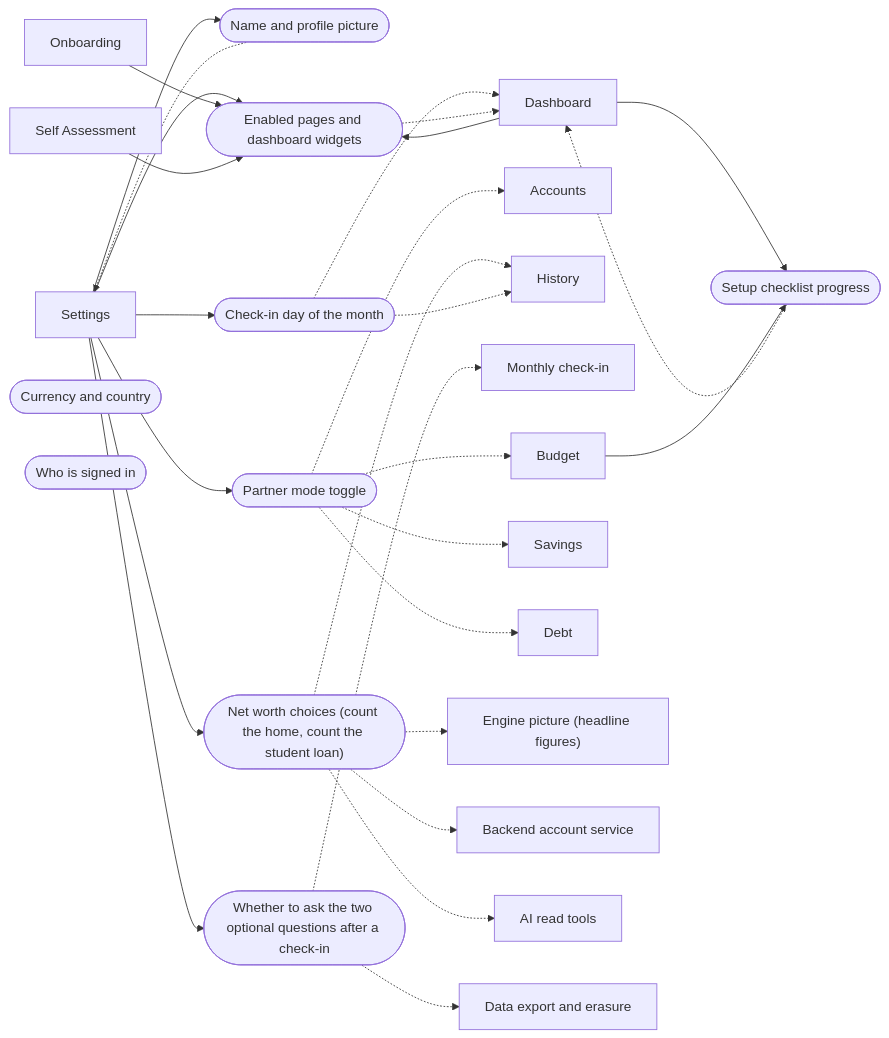
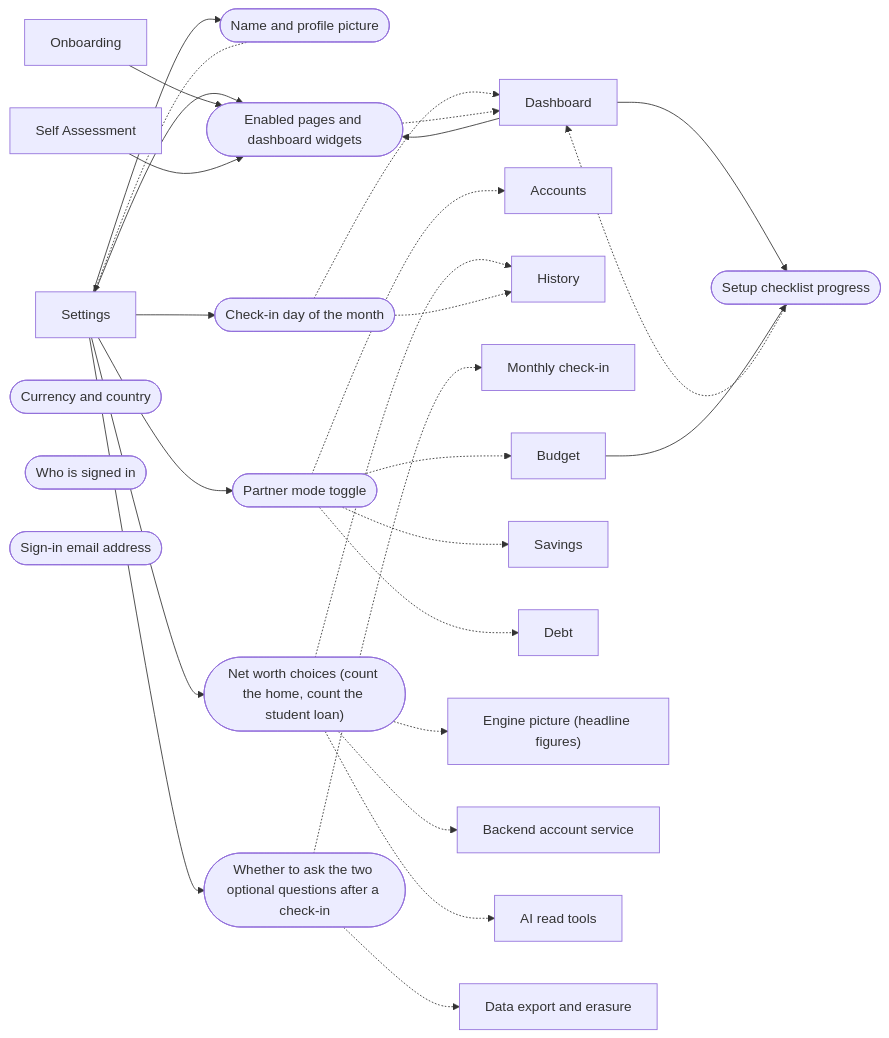
Before and after one commit to mgallagher56/flump: the fourth of 8 diagrams in docs/system/generated/connections.md, drawn with Mermaid. The commit also changed 3 other files, not shown here.

Commit message:
docs(system): value map entry for the sign-in email read from WorkOS

````diff
--- a/docs/system/generated/connections.md
+++ b/docs/system/generated/connections.md
@@ -409,52 +409,53 @@
 ```mermaid
 flowchart LR
   s_onboarding["Onboarding"]
   s_dashboard["Dashboard"]
   s_accounts["Accounts"]
   s_history["History"]
   s_check_in["Monthly check-in"]
   s_budget["Budget"]
   s_savings["Savings"]
   s_debt["Debt"]
   s_self_assessment["Self Assessment"]
   s_settings["Settings"]
   s_picture["Engine picture (headline figures)"]
   s_account_service["Backend account service"]
   s_mcp_read["AI read tools"]
   s_export["Data export and erasure"]
   f_name_and_avatar(["Name and profile picture"])
   s_settings --> f_name_and_avatar
   f_name_and_avatar -.-> s_settings
   f_partner_mode(["Partner mode toggle"])
   s_settings --> f_partner_mode
   f_partner_mode -.-> s_accounts
   f_partner_mode -.-> s_debt
   f_partner_mode -.-> s_savings
   f_partner_mode -.-> s_budget
   f_net_worth_choices(["Net worth choices (count the home, count the student loan)"])
   s_settings --> f_net_worth_choices
   f_net_worth_choices -.-> s_picture
   f_net_worth_choices -.-> s_history
   f_net_worth_choices -.-> s_account_service
   f_net_worth_choices -.-> s_mcp_read
   f_wellbeing_questions_switch(["Whether to ask the two optional questions after a check-in"])
   s_settings --> f_wellbeing_questions_switch
   f_wellbeing_questions_switch -.-> s_check_in
   f_wellbeing_questions_switch -.-> s_export
   f_check_in_day(["Check-in day of the month"])
   s_settings --> f_check_in_day
   f_check_in_day -.-> s_dashboard
   f_check_in_day -.-> s_history
   f_enabled_pages_and_widgets(["Enabled pages and dashboard widgets"])
   s_settings --> f_enabled_pages_and_widgets
   s_onboarding --> f_enabled_pages_and_widgets
   s_self_assessment --> f_enabled_pages_and_widgets
   s_dashboard --> f_enabled_pages_and_widgets
   f_enabled_pages_and_widgets -.-> s_dashboard
   f_setup_checklist(["Setup checklist progress"])
   s_dashboard --> f_setup_checklist
   s_budget --> f_setup_checklist
   f_setup_checklist -.-> s_dashboard
   f_currency_and_country(["Currency and country"])
   f_sign_in_identity(["Who is signed in"])
+  f_sign_in_email(["Sign-in email address"])
 ```
````
